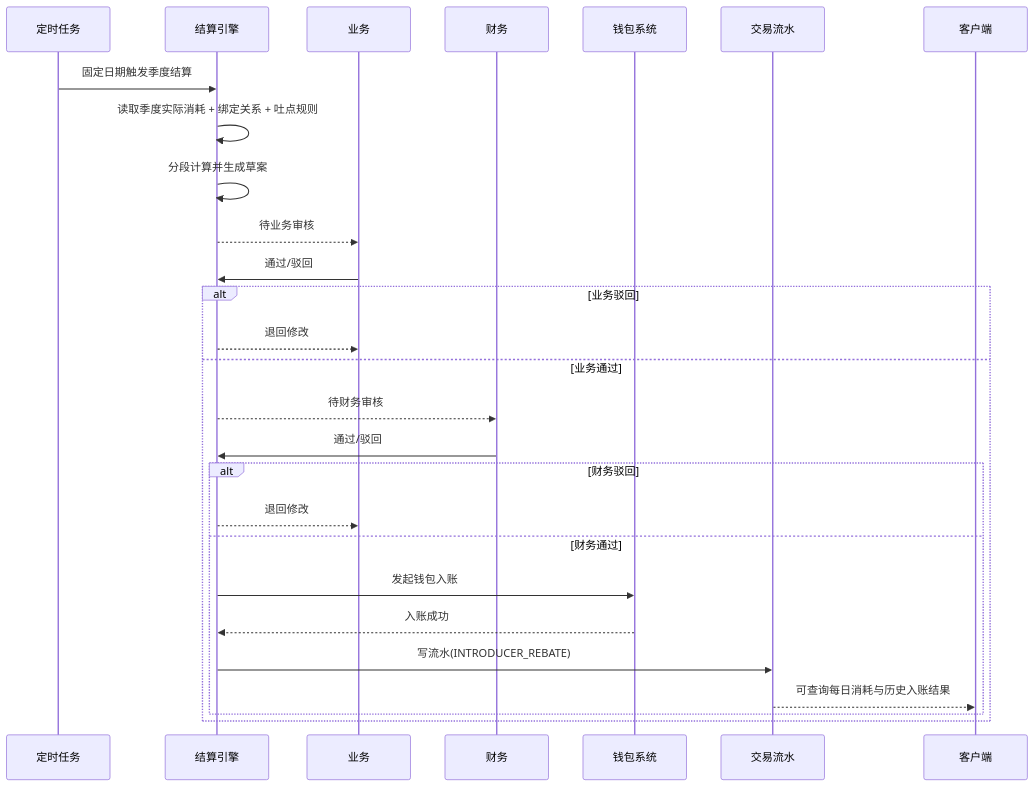
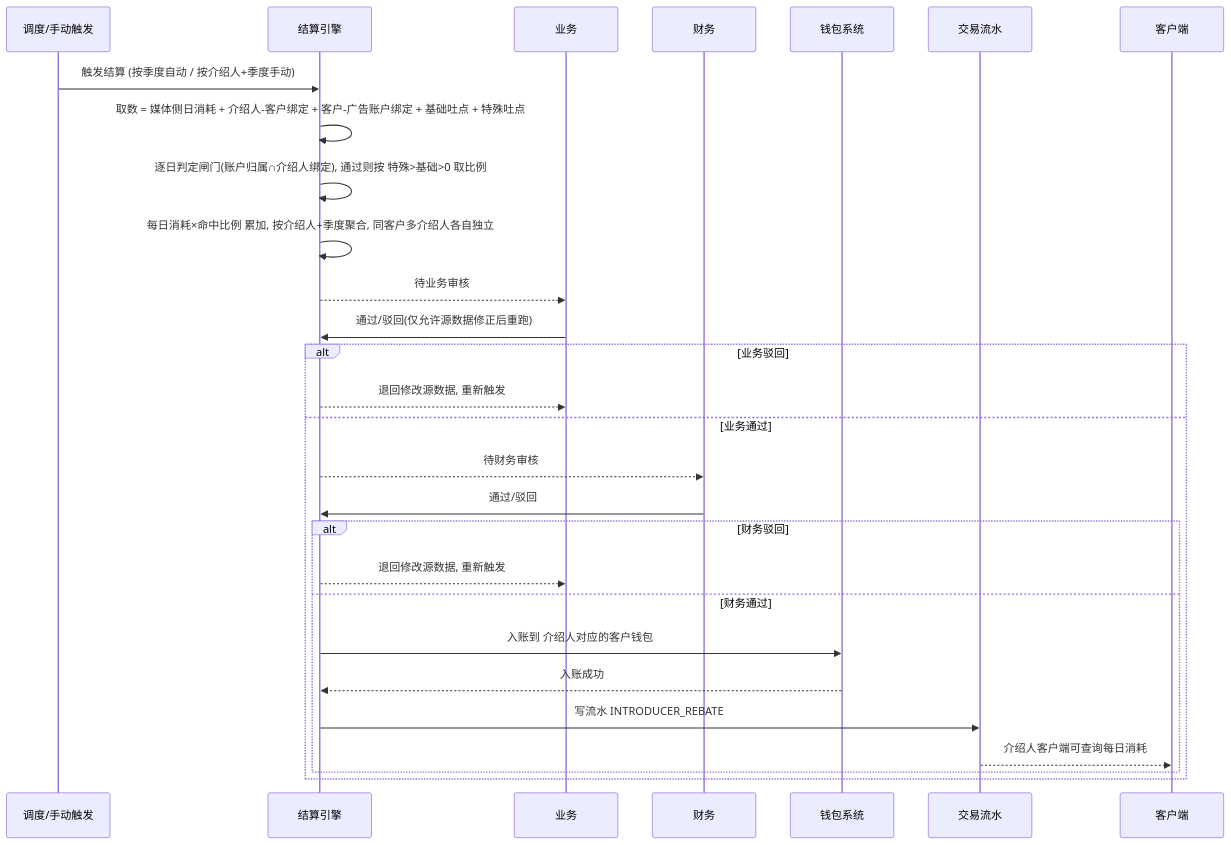
One commit to TK0918/BestAds changed the fourth of 15 diagrams in PRD/introducer-spitpoint-prd.md. Above: the diagram before and after it, drawn with Mermaid. The commit also changed other lines of this file and 64 other files, not shown here.

````diff
--- a/PRD/introducer-spitpoint-prd.md
+++ b/PRD/introducer-spitpoint-prd.md
@@ -101,30 +123,31 @@
 ```mermaid
 sequenceDiagram
-  participant Job as 定时任务
+  participant Job as 调度/手动触发
   participant Calc as 结算引擎
   participant Biz as 业务
   participant Fin as 财务
   participant Wallet as 钱包系统
   participant Txn as 交易流水
   participant Client as 客户端
 
-  Job->>Calc: 固定日期触发季度结算
-  Calc->>Calc: 读取季度实际消耗 + 绑定关系 + 吐点规则
-  Calc->>Calc: 分段计算并生成草案
+  Job->>Calc: 触发结算 (按季度自动 / 按介绍人+季度手动)
+  Calc->>Calc: 取数 = 媒体侧日消耗 + 介绍人-客户绑定 + 客户-广告账户绑定 + 基础吐点 + 特殊吐点
+  Calc->>Calc: 逐日判定闸门(账户归属∩介绍人绑定), 通过则按 特殊>基础>0 取比例
+  Calc->>Calc: 每日消耗×命中比例 累加, 按介绍人+季度聚合, 同客户多介绍人各自独立
   Calc-->>Biz: 待业务审核
-  Biz->>Calc: 通过/驳回
+  Biz->>Calc: 通过/驳回(仅允许源数据修正后重跑)
   alt 业务驳回
-    Calc-->>Biz: 退回修改
+    Calc-->>Biz: 退回修改源数据, 重新触发
   else 业务通过
     Calc-->>Fin: 待财务审核
     Fin->>Calc: 通过/驳回
     alt 财务驳回
-      Calc-->>Biz: 退回修改
+      Calc-->>Biz: 退回修改源数据, 重新触发
     else 财务通过
-      Calc->>Wallet: 发起钱包入账
+      Calc->>Wallet: 入账到 介绍人对应的客户钱包
       Wallet-->>Calc: 入账成功
-      Calc->>Txn: 写流水(INTRODUCER_REBATE)
-      Txn-->>Client: 可查询每日消耗与历史入账结果
+      Calc->>Txn: 写流水 INTRODUCER_REBATE
+      Txn-->>Client: 介绍人客户端可查询每日消耗
     end
   end
 ```
````
